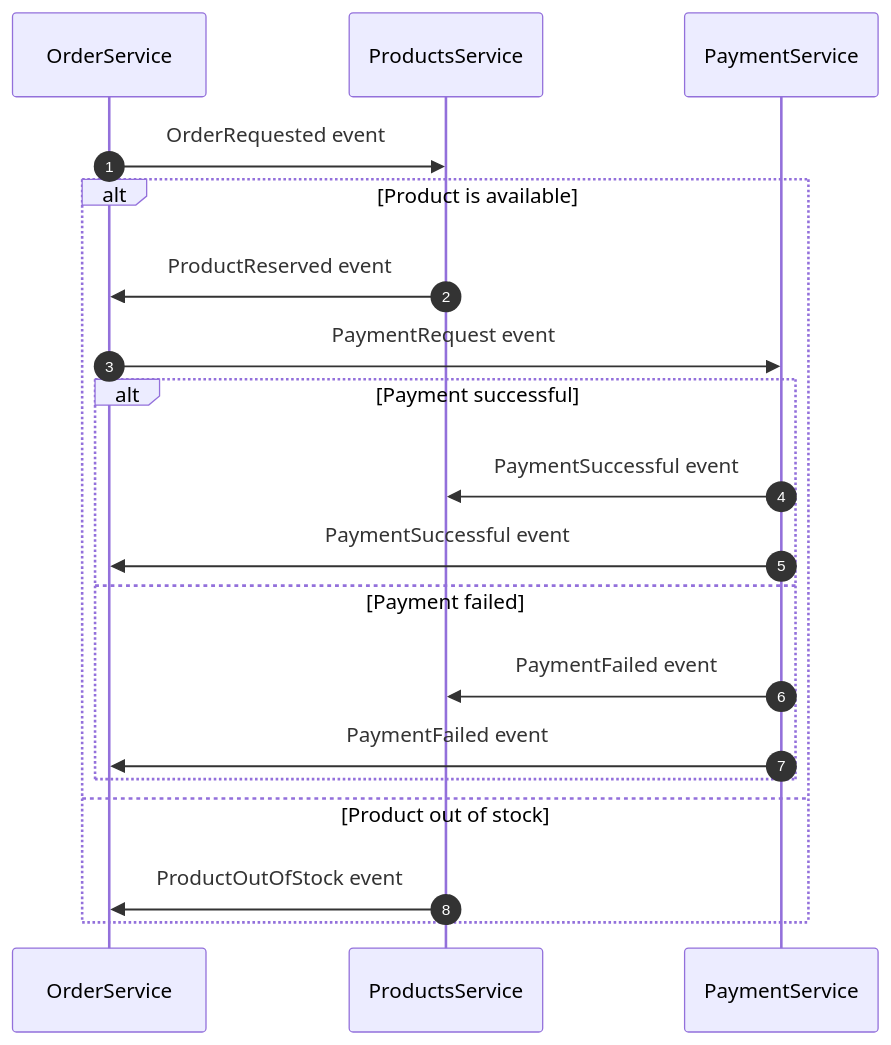
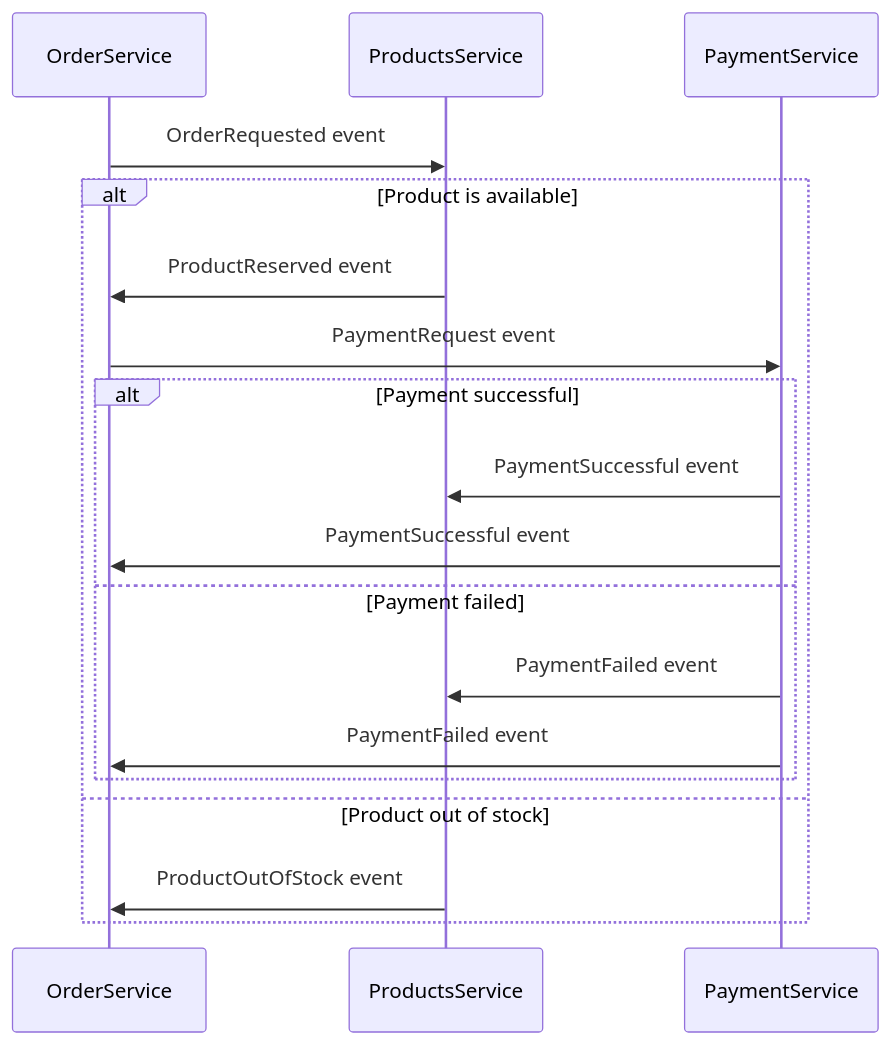
The diagram in README.md (mukrasr/onyx-products-api), drawn with Mermaid before and after one commit. The commit also changed other lines of this file and 22 other files, not shown here.

````diff
--- a/README.md
+++ b/README.md
@@ -62,18 +48,17 @@
 ```mermaid
 sequenceDiagram
-    autonumber
     OrderService->>ProductsService: OrderRequested event
     alt Product is available
         ProductsService->>OrderService: ProductReserved event
         OrderService->>PaymentService: PaymentRequest event
         alt Payment successful
             PaymentService->>ProductsService: PaymentSuccessful event
             PaymentService->>OrderService: PaymentSuccessful event
         else Payment failed
             PaymentService->>ProductsService: PaymentFailed event
             PaymentService->>OrderService: PaymentFailed event
         end
     else Product out of stock
         ProductsService->>OrderService: ProductOutOfStock event
     end
 ```
````
